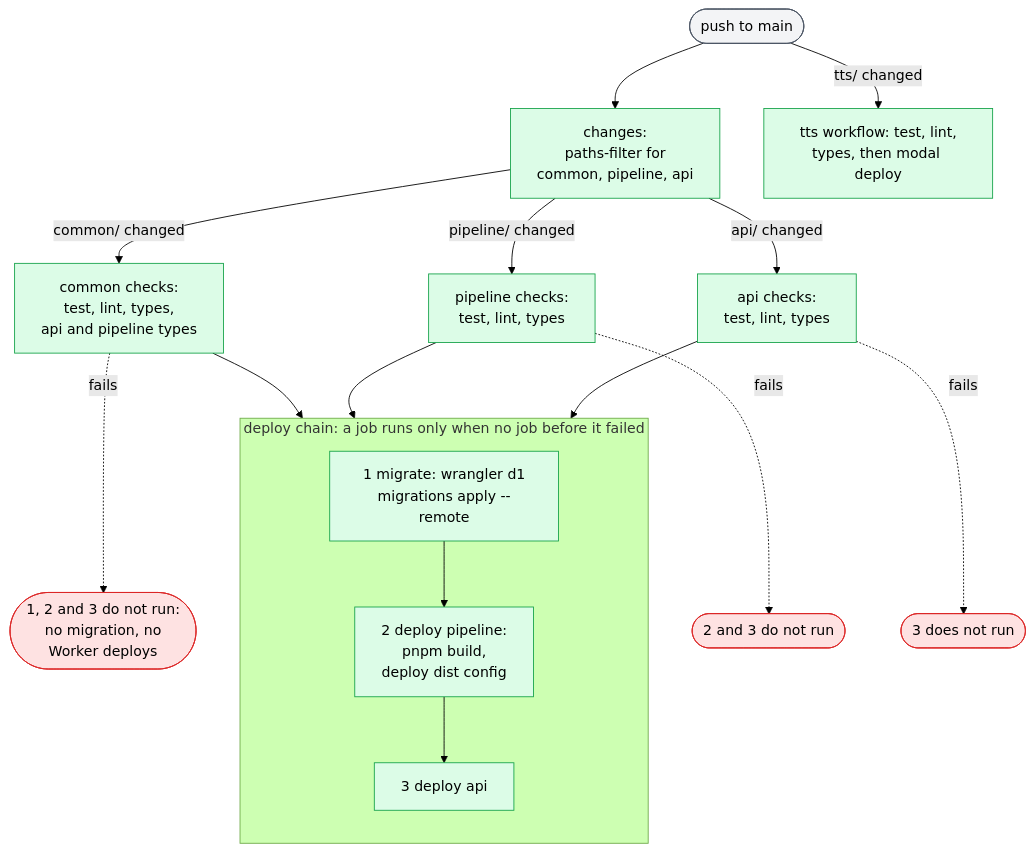
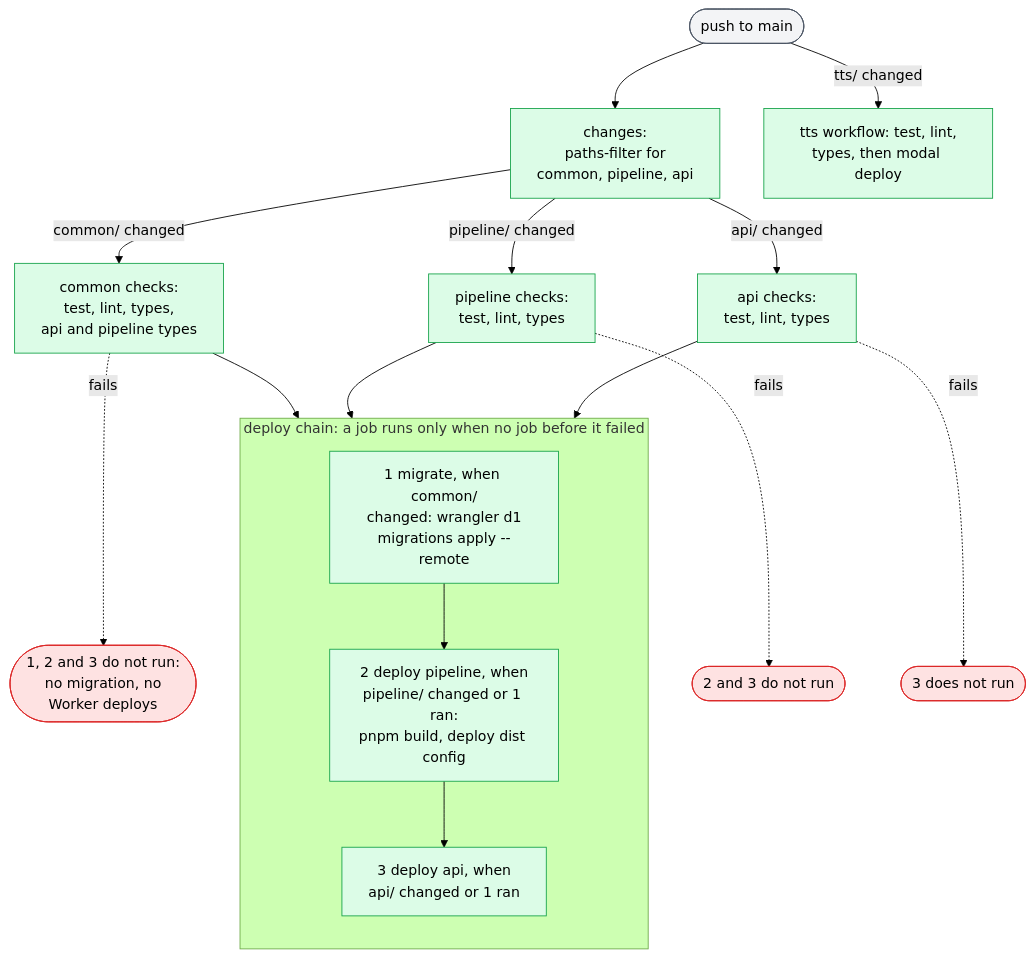
The diagram in docs/technical-design/deployment-and-ci.md (asermax/nagara), drawn with Mermaid (forest theme) before and after one commit. The commit also changed other lines of this file and 8 other files, not shown here.

````diff
--- a/docs/technical-design/deployment-and-ci.md
+++ b/docs/technical-design/deployment-and-ci.md
@@ -44,28 +44,28 @@
 ```mermaid
 flowchart TD
     push(["push to main"]) --> ch["changes:<br/>paths-filter for<br/>common, pipeline, api"]
     ch -->|"common/ changed"| cc["common checks:<br/>test, lint, types,<br/>api and pipeline types"]
     ch -->|"pipeline/ changed"| pc["pipeline checks:<br/>test, lint, types"]
     ch -->|"api/ changed"| ac["api checks:<br/>test, lint, types"]
     subgraph chain ["deploy chain: a job runs only when no job before it failed"]
         direction TB
-        mig["1 migrate: wrangler d1<br/>migrations apply --remote"]
-        pd["2 deploy pipeline:<br/>pnpm build,<br/>deploy dist config"]
-        ad["3 deploy api"]
+        mig["1 migrate, when common/<br/>changed: wrangler d1<br/>migrations apply --remote"]
+        pd["2 deploy pipeline, when<br/>pipeline/ changed or 1 ran:<br/>pnpm build, deploy dist config"]
+        ad["3 deploy api, when<br/>api/ changed or 1 ran"]
         mig --> pd --> ad
     end
     cc --> mig
     pc --> pd
     ac --> ad
     cc -. "fails" .-> s1(["1, 2 and 3 do not run:<br/>no migration, no<br/>Worker deploys"])
     pc -. "fails" .-> s2(["2 and 3 do not run"])
     ac -. "fails" .-> s3(["3 does not run"])
     tw["tts workflow: test, lint,<br/>types, then modal deploy"]
     push -->|"tts/ changed"| tw
     classDef step fill:#dcfce7,stroke:#16a34a
     classDef broken fill:#fee2e2,stroke:#dc2626
     classDef person fill:#f3f4f6,stroke:#4b5563
     class ch,cc,pc,ac,mig,pd,ad,tw step
     class s1,s2,s3 broken
     class push person
 ```
````
